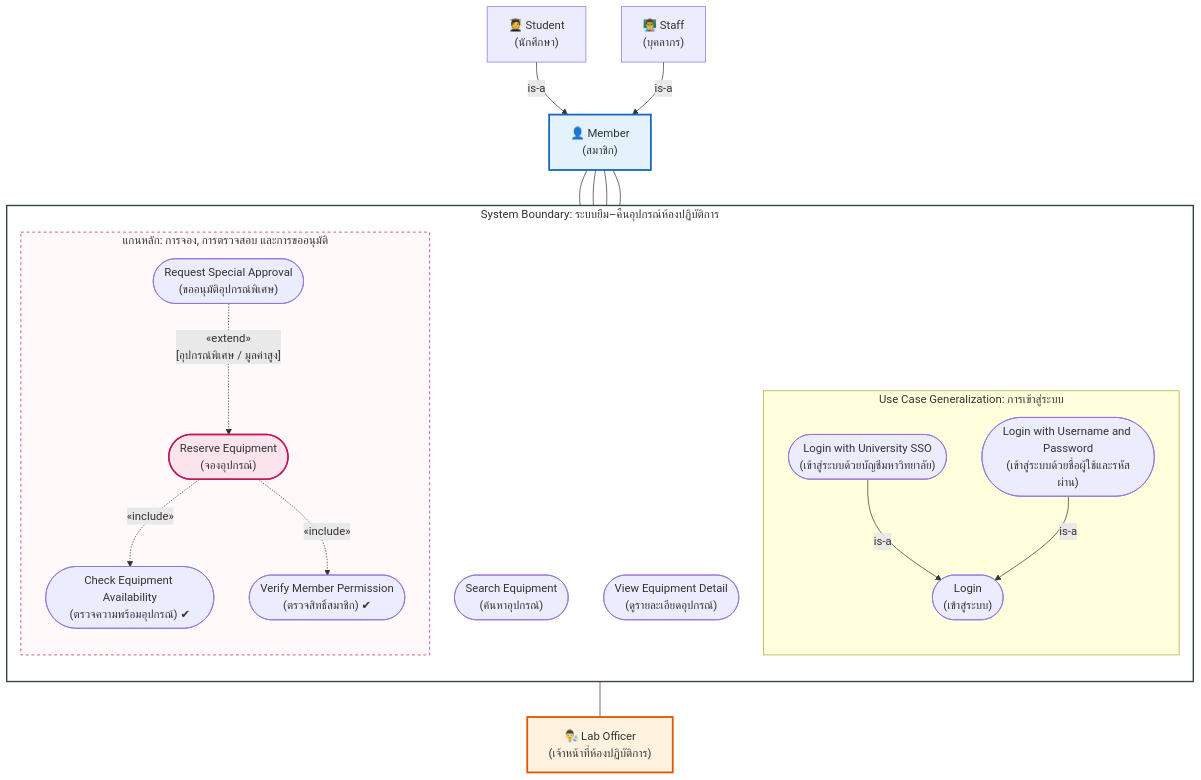
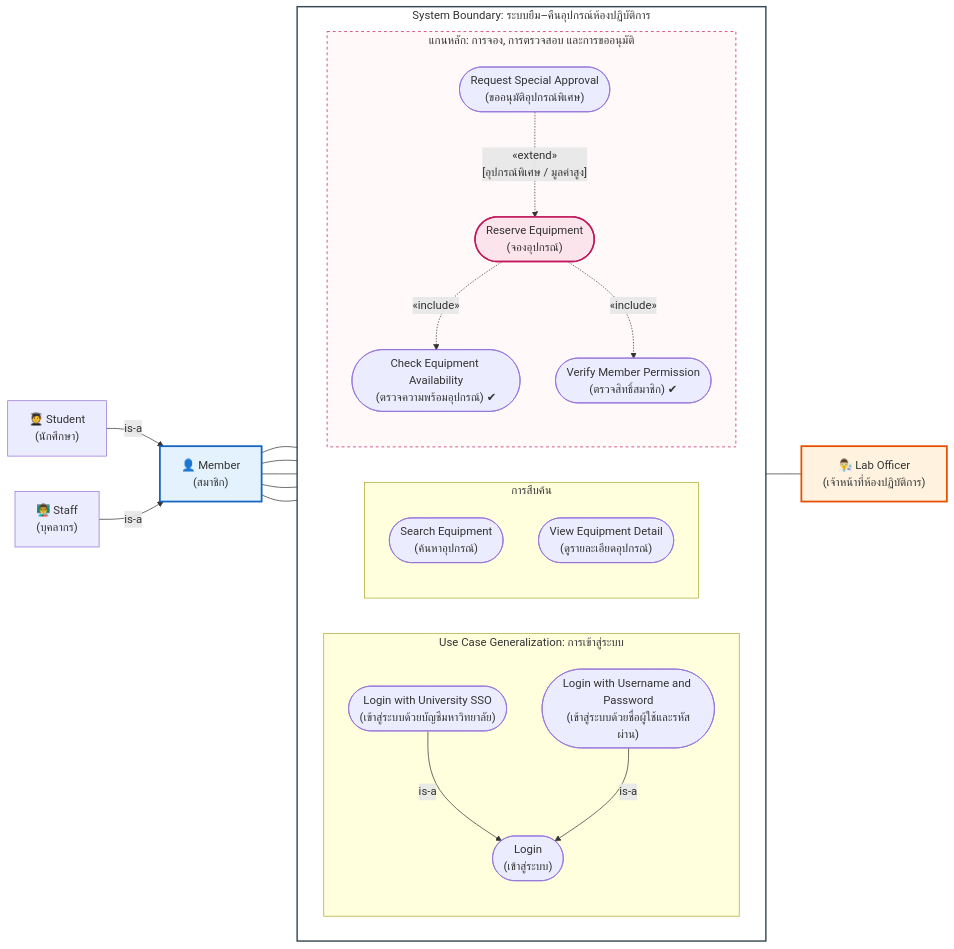
One commit to kanomoo/software-engineering changed the sixth of 6 diagrams in Wiki/01_New_Wiki_68/Lessons/05_Case_Study_3_Lab_Equipment_Borrowing.md. Above: the diagram before and after it, drawn with Mermaid. The commit also changed other lines of this file and 6 other files, not shown here.

Commit message:
feat: add case study, workshop materials, and use case diagrams for lab equipment borrowing system

````diff
--- a/Wiki/01_New_Wiki_68/Lessons/05_Case_Study_3_Lab_Equipment_Borrowing.md
+++ b/Wiki/01_New_Wiki_68/Lessons/05_Case_Study_3_Lab_Equipment_Borrowing.md
@@ -413,52 +418,59 @@
 ```mermaid
-flowchart TB
+flowchart LR
     subgraph Boundary ["System Boundary: ระบบยืม–คืนอุปกรณ์ห้องปฏิบัติการ"]
-        direction TB
+        direction LR
 
         subgraph Generalization_Login ["Use Case Generalization: การเข้าสู่ระบบ"]
+            direction TB
             LOGIN(["Login<br/>(เข้าสู่ระบบ)"])
             SSO(["Login with University SSO<br/>(เข้าสู่ระบบด้วยบัญชีมหาวิทยาลัย)"])
             UP(["Login with Username and Password<br/>(เข้าสู่ระบบด้วยชื่อผู้ใช้และรหัสผ่าน)"])
 
             SSO -->|is-a| LOGIN
             UP -->|is-a| LOGIN
         end
 
-        SEARCH(["Search Equipment<br/>(ค้นหาอุปกรณ์)"])
-        VIEW(["View Equipment Detail<br/>(ดูรายละเอียดอุปกรณ์)"])
+        subgraph Catalog ["การสืบค้น"]
+            direction TB
+            SEARCH(["Search Equipment<br/>(ค้นหาอุปกรณ์)"])
+            VIEW(["View Equipment Detail<br/>(ดูรายละเอียดอุปกรณ์)"])
+        end
 
         subgraph Core_Reservation ["แกนหลัก: การจอง, การตรวจสอบ และการขออนุมัติ"]
+            direction TB
             RESERVE(["Reserve Equipment<br/>(จองอุปกรณ์)"])
             CHECK(["Check Equipment Availability<br/>(ตรวจความพร้อมอุปกรณ์) ✔"])
             VERIFY(["Verify Member Permission<br/>(ตรวจสิทธิ์สมาชิก) ✔"])
             APPROVAL(["Request Special Approval<br/>(ขออนุมัติอุปกรณ์พิเศษ)"])
 
             %% include: จากตัวหลัก Reserve พุ่งไปหาตัวย่อย Check และ Verify
             RESERVE -.->|«include»| CHECK
             RESERVE -.->|«include»| VERIFY
 
             %% extend: จากตัวเสริม Approval พุ่งขึ้นไปหาตัวหลัก Reserve
             APPROVAL -.->|"«extend»<br/>[อุปกรณ์พิเศษ / มูลค่าสูง]"| RESERVE
         end
     end
 
-    %% Actor Generalization
+    %% Actor Generalization (Left)
     STUDENT["🧑‍🎓 Student<br/>(นักศึกษา)"] -->|is-a| MEMBER["👤 Member<br/>(สมาชิก)"]
     STAFF_MEM["👨‍🏫 Staff<br/>(บุคลากร)"] -->|is-a| MEMBER
 
+    %% Secondary Actor (Right)
     OFFICER["👨‍🔬 Lab Officer<br/>(เจ้าหน้าที่ห้องปฏิบัติการ)"]
 
-    %% Associations
+    %% Direct Associations
     MEMBER --- LOGIN
     MEMBER --- SEARCH
     MEMBER --- VIEW
+    MEMBER --- CHECK
     MEMBER --- RESERVE
 
     APPROVAL --- OFFICER
 
     style Boundary fill:#ffffff,stroke:#37474f,stroke-width:2px
     style Core_Reservation fill:#fff9fa,stroke:#c2185b,stroke-dasharray: 4 4
     style MEMBER fill:#e3f2fd,stroke:#1565c0,stroke-width:2.5px
     style OFFICER fill:#fff3e0,stroke:#e65100,stroke-width:2.5px
     style RESERVE fill:#fce4ec,stroke:#c2185b,stroke-width:2px
 ```
````
